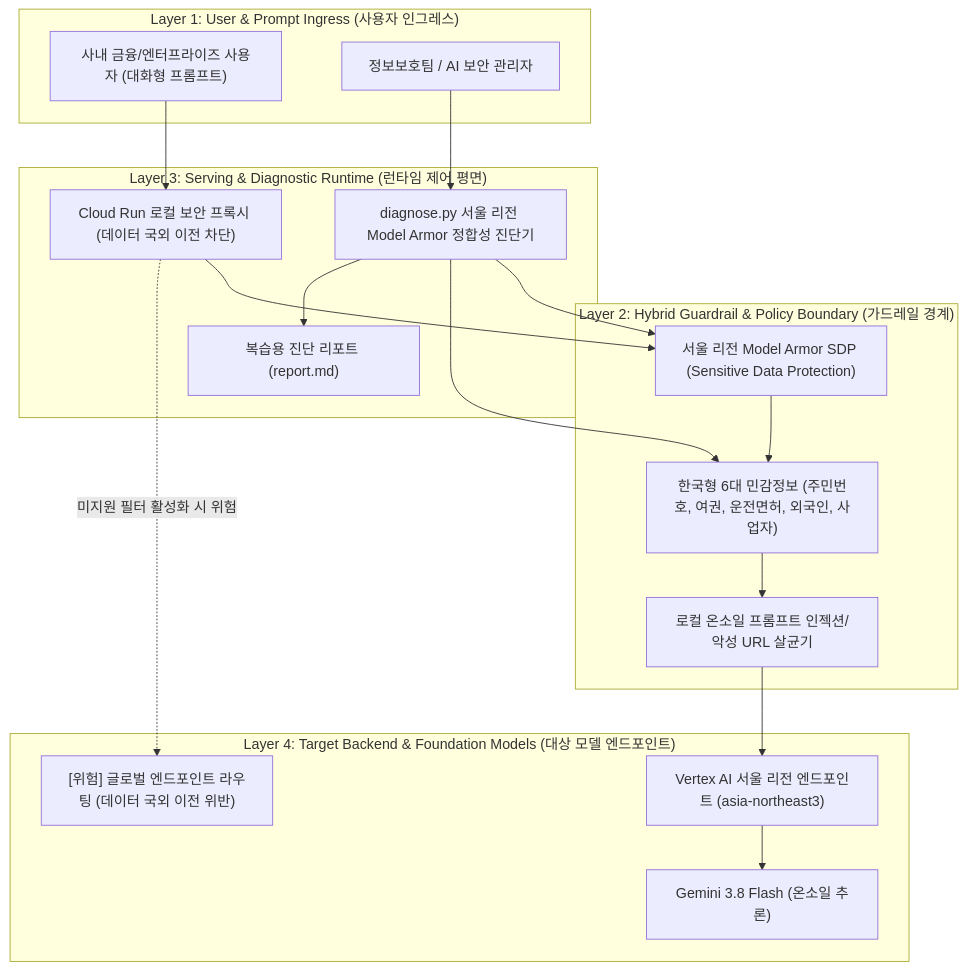
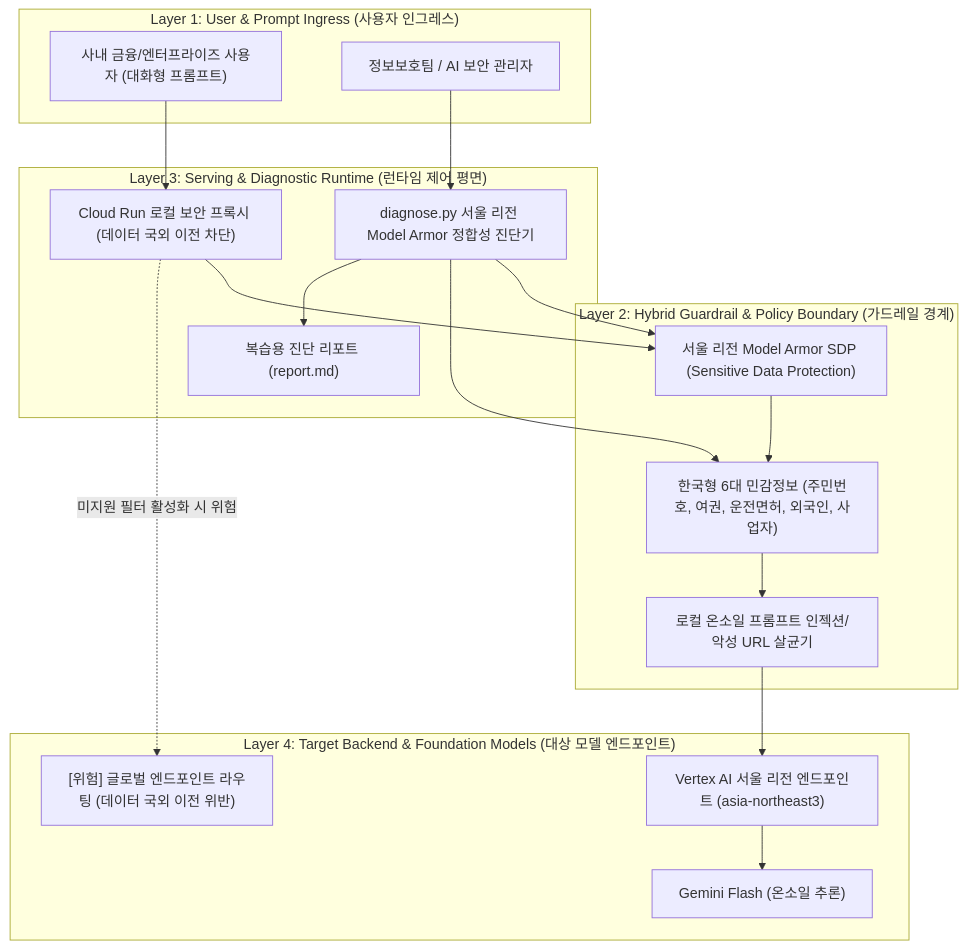
Before and after one commit to jiangjun-forge/google-cloud-0-to-1: the diagram in samples/korea-model-armor-guard/README.md, drawn with Mermaid. The commit also changed 229 other files, not shown here.

````diff
--- a/samples/korea-model-armor-guard/README.md
+++ b/samples/korea-model-armor-guard/README.md
@@ -77,37 +77,37 @@
 ```mermaid
 flowchart TB
     subgraph Layer1["Layer 1: User & Prompt Ingress (사용자 인그레스)"]
         EndUser["사내 금융/엔터프라이즈 사용자 (대화형 프롬프트)"]
         SecOps["정보보호팀 / AI 보안 관리자"]
     end
 
     subgraph Layer2["Layer 2: Hybrid Guardrail & Policy Boundary (가드레일 경계)"]
         SDP_Template["서울 리전 Model Armor SDP (Sensitive Data Protection)"]
         KoreaInfoTypes["한국형 6대 민감정보 (주민번호, 여권, 운전면허, 외국인, 사업자)"]
         OnSoilSanitizer["로컬 온소일 프롬프트 인젝션/악성 URL 살균기"]
     end
 
     subgraph Layer3["Layer 3: Serving & Diagnostic Runtime (런타임 제어 평면)"]
         LocalProxy["Cloud Run 로컬 보안 프록시 (데이터 국외 이전 차단)"]
         GuardCLI["diagnose.py 서울 리전 Model Armor 정합성 진단기"]
         ReportOutput["복습용 진단 리포트 (report.md)"]
     end
 
     subgraph Layer4["Layer 4: Target Backend & Foundation Models (대상 모델 엔드포인트)"]
         VertexAI_Seoul["Vertex AI 서울 리전 엔드포인트 (asia-northeast3)"]
-        GeminiFlash["Gemini 3.8 Flash (온소일 추론)"]
+        GeminiFlash["Gemini Flash (온소일 추론)"]
         ForeignLeak["[위험] 글로벌 엔드포인트 라우팅 (데이터 국외 이전 위반)"]
     end
 
     EndUser --> LocalProxy
     LocalProxy --> SDP_Template
     SDP_Template --> KoreaInfoTypes
     KoreaInfoTypes --> OnSoilSanitizer
     OnSoilSanitizer --> VertexAI_Seoul
     VertexAI_Seoul --> GeminiFlash
     LocalProxy -.->|"미지원 필터 활성화 시 위험"| ForeignLeak
     SecOps --> GuardCLI
     GuardCLI --> SDP_Template
     GuardCLI --> KoreaInfoTypes
     GuardCLI --> ReportOutput
 ```
````
